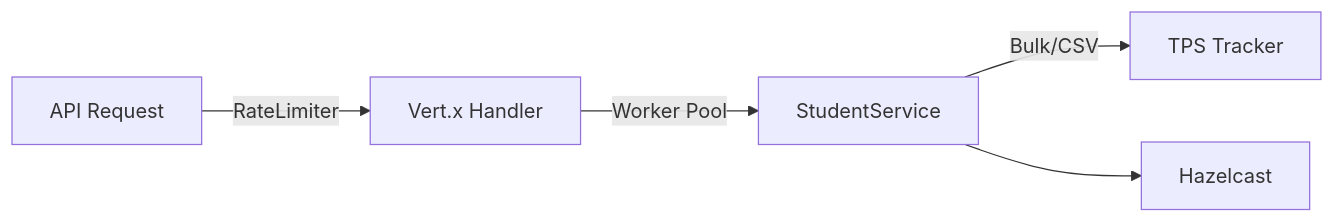
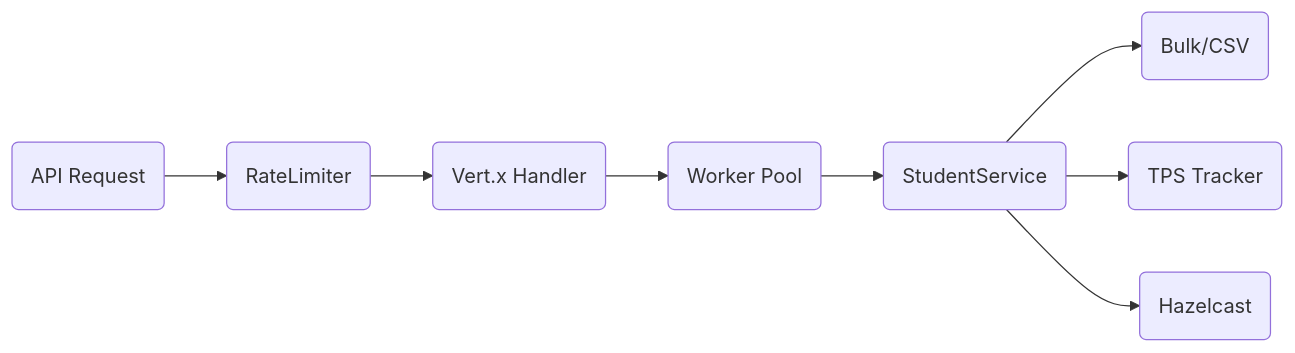
The second of 2 diagrams in README.md (kalyanRam8101/HazelcastTPSReduction), drawn with Mermaid before and after one commit. The commit also changed other lines of this file, not shown here.

Commit message:
docs: update README with interactive API docs and GitHub-compatible Mermaid diagrams

````diff
--- a/README.md
+++ b/README.md
@@ -179,7 +179,10 @@
 ```mermaid
 graph LR
-    A[API Request] -->|RateLimiter| B[Vert.x Handler]
-    B -->|Worker Pool| C[StudentService]
-    C -->|Bulk/CSV| D[TPS Tracker]
-    C --> E[Hazelcast]
+    A(API Request) --> B(RateLimiter)
+    B --> C(Vert.x Handler)
+    C --> D(Worker Pool)
+    D --> E(StudentService)
+    E --> F(Bulk/CSV)
+    E --> G(TPS Tracker)
+    E --> H(Hazelcast)
 ```
````
